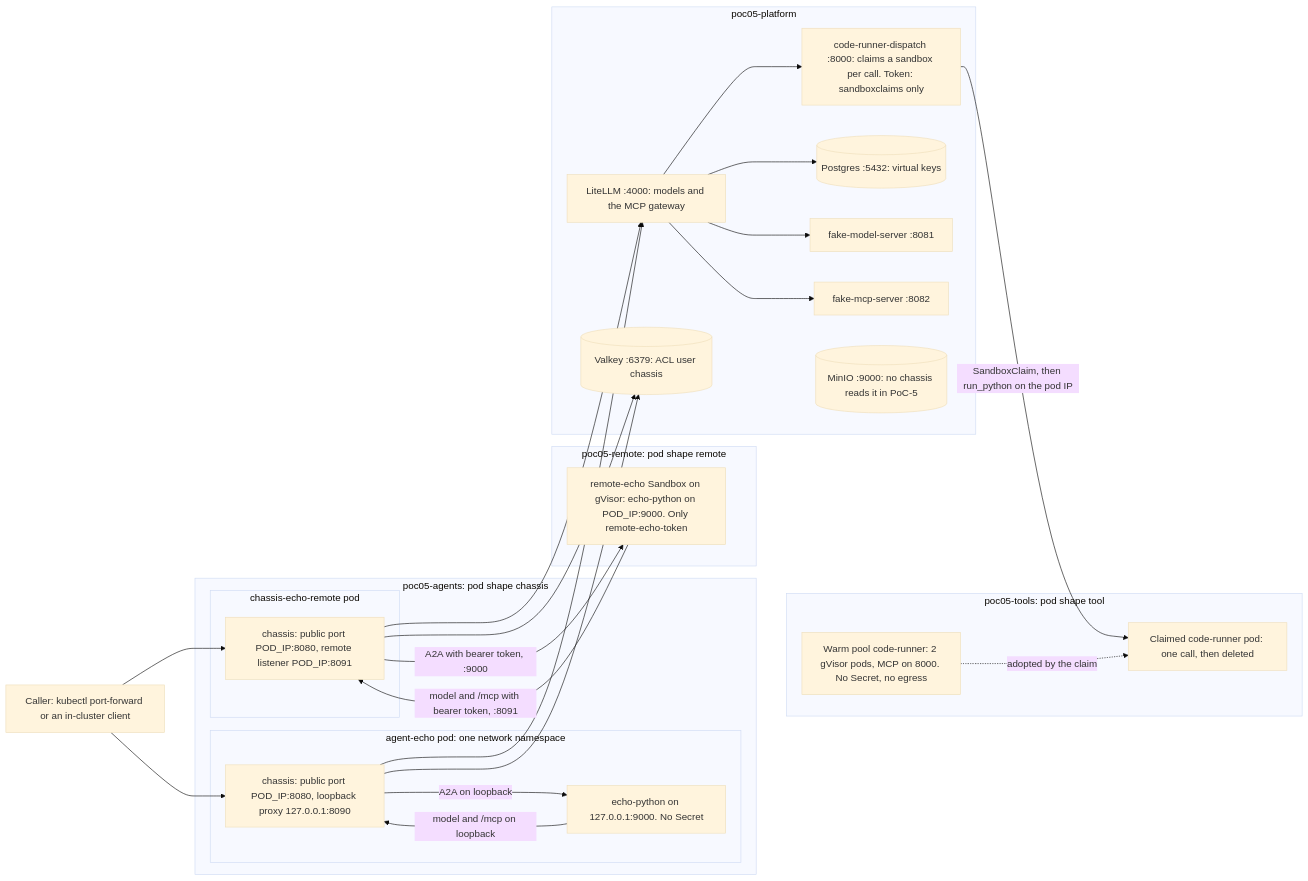
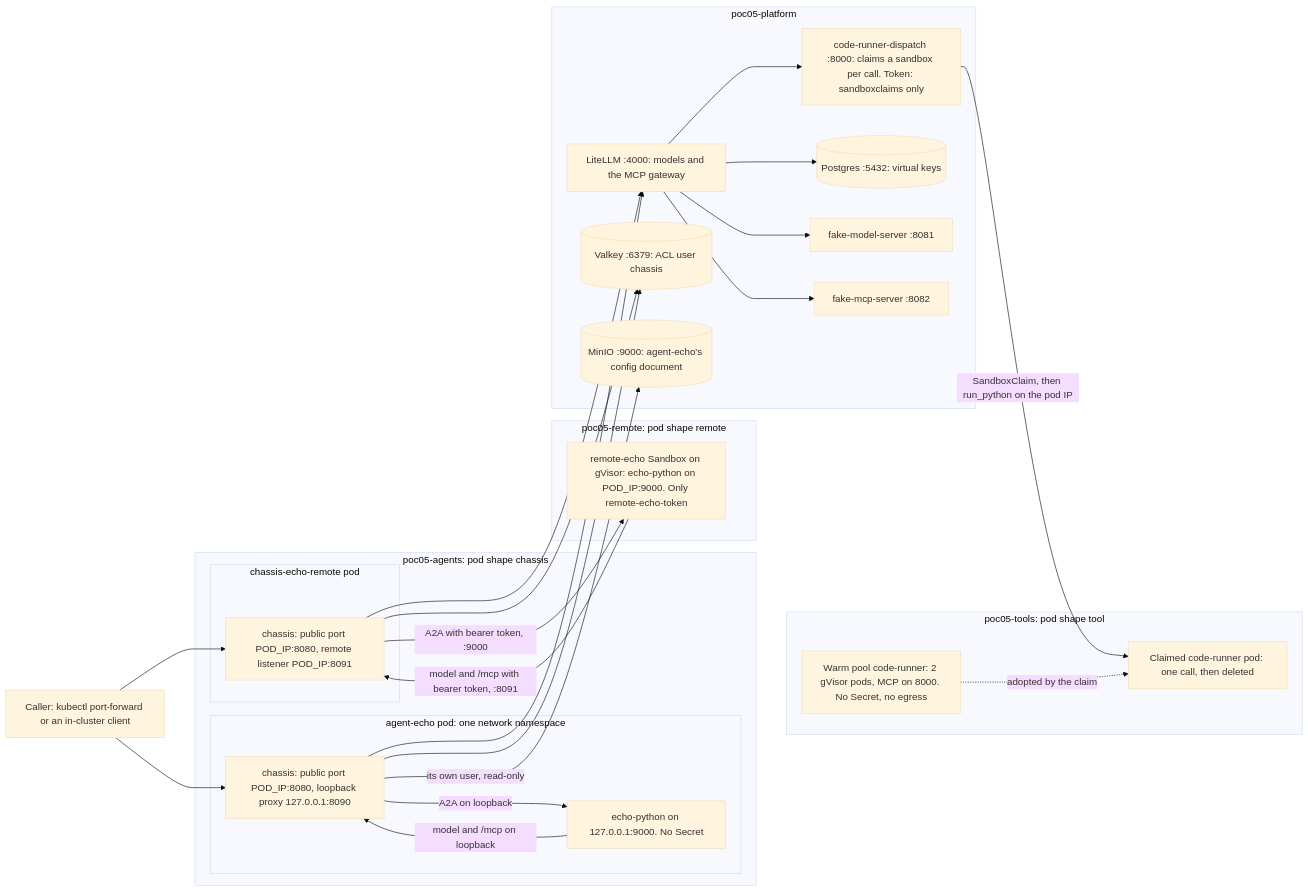
Before and after one commit to odere-pro/agent-playground: the first of 6 diagrams in docs/guides/poc-05-how-it-works.md, drawn with Mermaid (base theme). The commit also changed other lines of this file and 9 other files, not shown here.

````diff
--- a/docs/guides/poc-05-how-it-works.md
+++ b/docs/guides/poc-05-how-it-works.md
@@ -29,45 +29,46 @@
 ```mermaid
 flowchart LR
     caller["Caller: kubectl port-forward or an in-cluster client"]
     subgraph agents["poc05-agents: pod shape chassis"]
         subgraph sidecarPod["agent-echo pod: one network namespace"]
             chS["chassis: public port POD_IP:8080, loopback proxy 127.0.0.1:8090"]
             wS["echo-python on 127.0.0.1:9000. No Secret"]
         end
         subgraph remoteChassisPod["chassis-echo-remote pod"]
             chR["chassis: public port POD_IP:8080, remote listener POD_IP:8091"]
         end
     end
     subgraph remoteNs["poc05-remote: pod shape remote"]
         wR["remote-echo Sandbox on gVisor: echo-python on POD_IP:9000. Only remote-echo-token"]
     end
     subgraph tools["poc05-tools: pod shape tool"]
         pool["Warm pool code-runner: 2 gVisor pods, MCP on 8000. No Secret, no egress"]
         cr["Claimed code-runner pod: one call, then deleted"]
     end
     subgraph platform["poc05-platform"]
         litellm["LiteLLM :4000: models and the MCP gateway"]
         dispatch["code-runner-dispatch :8000: claims a sandbox per call. Token: sandboxclaims only"]
         pg[("Postgres :5432: virtual keys")]
         valkey[("Valkey :6379: ACL user chassis")]
         fms["fake-model-server :8081"]
         fmcp["fake-mcp-server :8082"]
-        minio[("MinIO :9000: no chassis reads it in PoC-5")]
+        minio[("MinIO :9000: agent-echo's config document")]
     end
     caller --> chS
     caller --> chR
     chS -- "A2A on loopback" --> wS
     wS -- "model and /mcp on loopback" --> chS
     chR -- "A2A with bearer token, :9000" --> wR
     wR -- "model and /mcp with bearer token, :8091" --> chR
     chS --> litellm
     chR --> litellm
     chS --> valkey
     chR --> valkey
+    chS -- "its own user, read-only" --> minio
     litellm --> pg
     litellm --> fms
     litellm --> fmcp
     litellm --> dispatch
     dispatch -- "SandboxClaim, then run_python on the pod IP" --> cr
     pool -. "adopted by the claim" .-> cr
 ```
````
